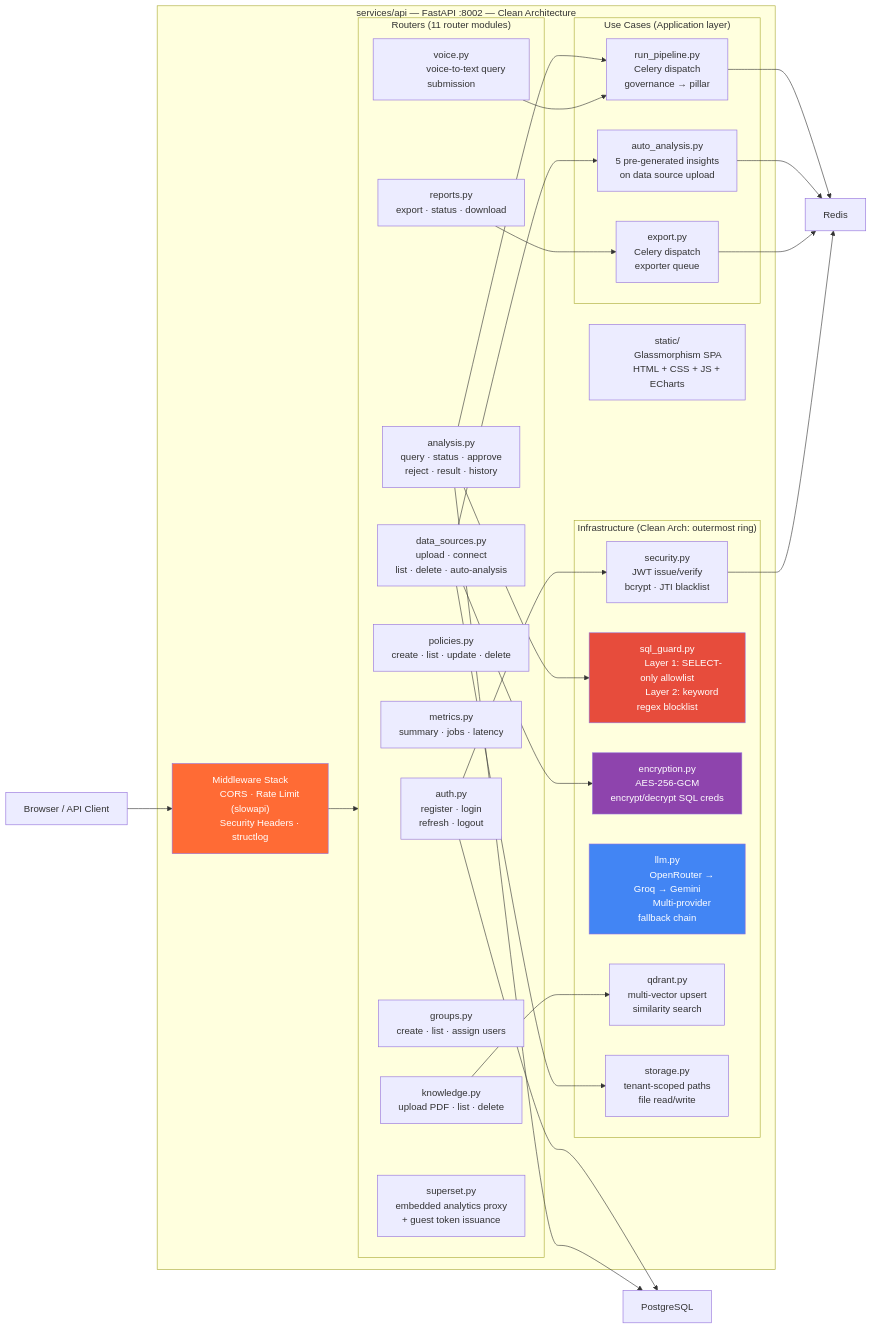
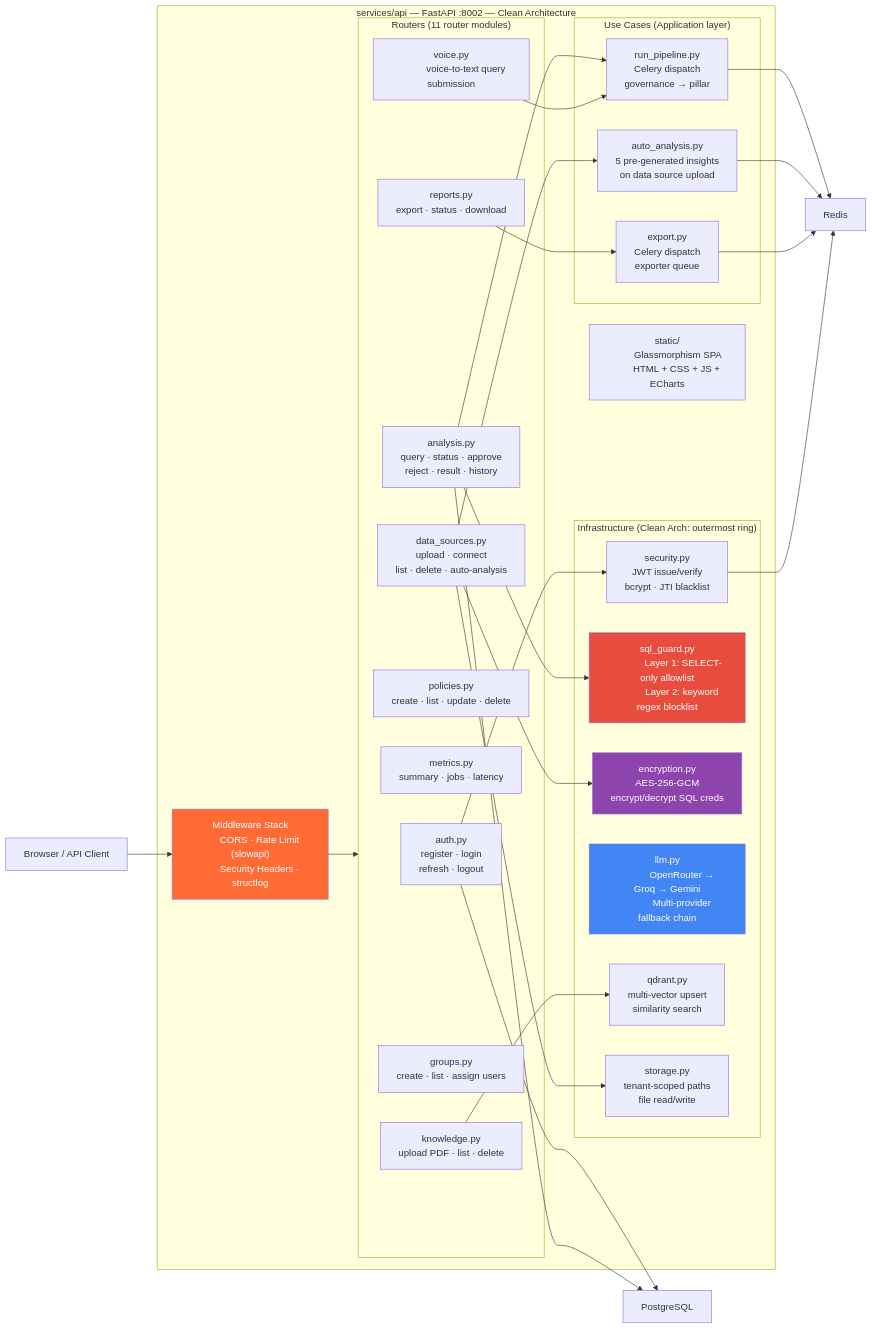
The third of 13 diagrams in NTI_C4_DIAGRAMS.md (OmarAbdelhamidAly/OpenQ-Federated-Agentic-Intelligence-Platform), drawn with Mermaid before and after one commit. The commit also changed other lines of this file and 60 other files, not shown here.

Commit message:
feat: implement corporate environment service scaffolding, align terraform infrastructure with AWS architectural diagram, and synchronize 22-service platform documentation

```diff
--- a/NTI_C4_DIAGRAMS.md
+++ b/NTI_C4_DIAGRAMS.md
@@ -319,10 +317,6 @@
 
             VoiR["voice.py
             voice-to-text query submission"]
-
-            SupR["superset.py
-            embedded analytics proxy
-            + guest token issuance"]
         end
 
         subgraph Infra ["Infrastructure (Clean Arch: outermost ring)"]
```
